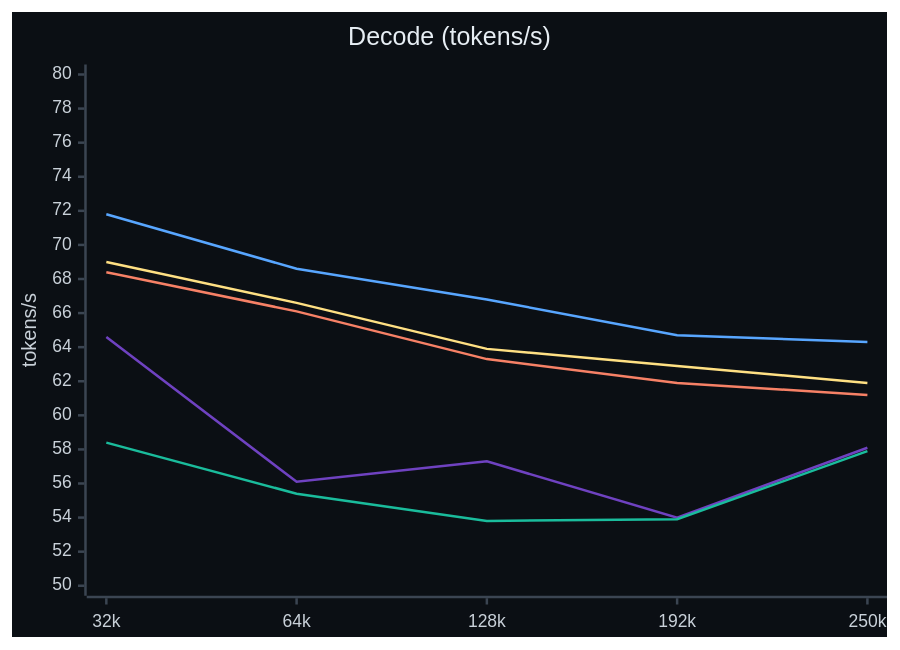
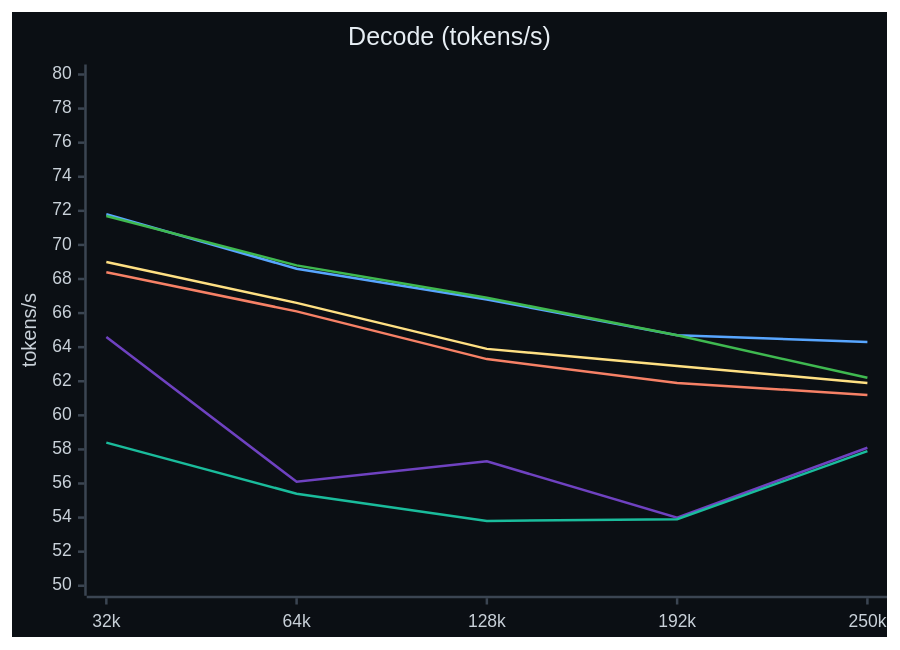
The third of 4 diagrams in docs/RESULTS.md (jaedync/crucible-strix-halo), drawn with Mermaid before and after one commit. The commit also changed other lines of this file and 50 other files, not shown here.

````diff
--- a/docs/RESULTS.md
+++ b/docs/RESULTS.md
@@ -152,12 +164,13 @@
 ```mermaid
-%%{init: {"theme": "base", "themeVariables": {"xyChart": {"backgroundColor": "#0b0f14", "titleColor": "#e6edf3", "xAxisLabelColor": "#c9d1d9", "yAxisLabelColor": "#c9d1d9", "xAxisTitleColor": "#c9d1d9", "yAxisTitleColor": "#c9d1d9", "xAxisLineColor": "#3b4552", "yAxisLineColor": "#3b4552", "xAxisTickColor": "#3b4552", "yAxisTickColor": "#3b4552", "plotColorPalette": "#6f42c1, #1abc9c, #f78166, #ffe083, #58a6ff"}}}}%%
+%%{init: {"theme": "base", "themeVariables": {"xyChart": {"backgroundColor": "#0b0f14", "titleColor": "#e6edf3", "xAxisLabelColor": "#c9d1d9", "yAxisLabelColor": "#c9d1d9", "xAxisTitleColor": "#c9d1d9", "yAxisTitleColor": "#c9d1d9", "xAxisLineColor": "#3b4552", "yAxisLineColor": "#3b4552", "xAxisTickColor": "#3b4552", "yAxisTickColor": "#3b4552", "plotColorPalette": "#6f42c1, #1abc9c, #f78166, #ffe083, #58a6ff, #3fb950"}}}}%%
 xychart-beta
     title "Decode (tokens/s)"
     x-axis ["32k", "64k", "128k", "192k", "250k"]
     y-axis "tokens/s" 50 --> 80
     line [64.6, 56.1, 57.3, 54.0, 58.1]
     line [58.4, 55.4, 53.8, 53.9, 57.9]
     line [68.4, 66.1, 63.3, 61.9, 61.2]
     line [69.0, 66.6, 63.9, 62.9, 61.9]
     line [71.8, 68.6, 66.8, 64.7, 64.3]
+    line [71.7, 68.8, 66.9, 64.7, 62.2]
 ```
````
